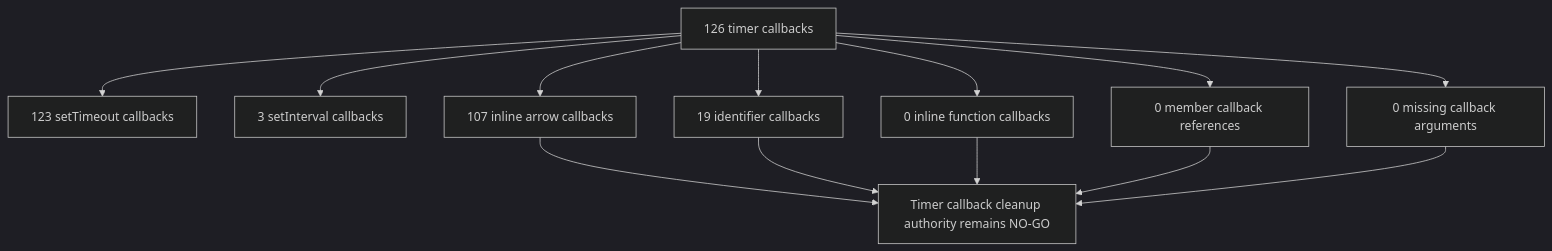
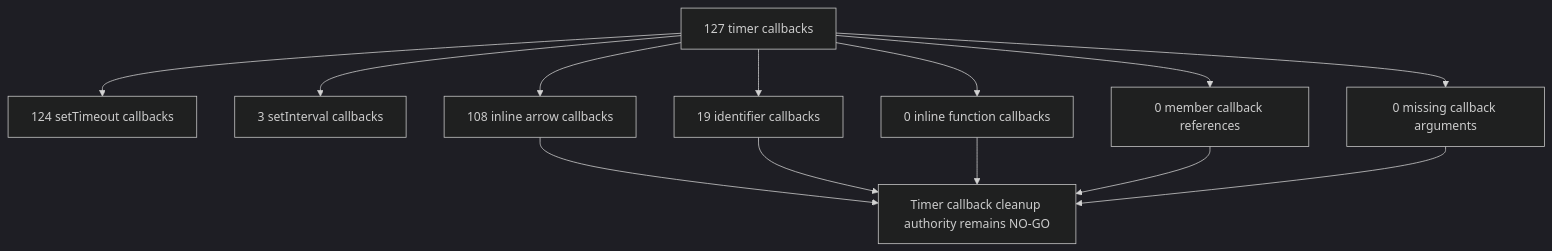
One commit to varshneydevansh/FilterTube changed diagram 18 of 47 in docs/audit/FILTERTUBE_LIFECYCLE_INSTANCE_REGISTER_2026-05-18.md. Above: the diagram before and after it, drawn with Mermaid (dark theme). The commit also changed other lines of this file and 698 other files, not shown here.

````diff
--- a/docs/audit/FILTERTUBE_LIFECYCLE_INSTANCE_REGISTER_2026-05-18.md
+++ b/docs/audit/FILTERTUBE_LIFECYCLE_INSTANCE_REGISTER_2026-05-18.md
@@ -1627,15 +1627,15 @@
 ```mermaid
 flowchart TD
-  A["126 timer callbacks"] --> B["123 setTimeout callbacks"]
+  A["127 timer callbacks"] --> B["124 setTimeout callbacks"]
   A --> C["3 setInterval callbacks"]
-  A --> D["107 inline arrow callbacks"]
+  A --> D["108 inline arrow callbacks"]
   A --> E["19 identifier callbacks"]
   A --> F["0 inline function callbacks"]
   A --> G["0 member callback references"]
   A --> H["0 missing callback arguments"]
   D --> I["Timer callback cleanup authority remains NO-GO"]
   E --> I
   F --> I
   G --> I
   H --> I
 ```
````
